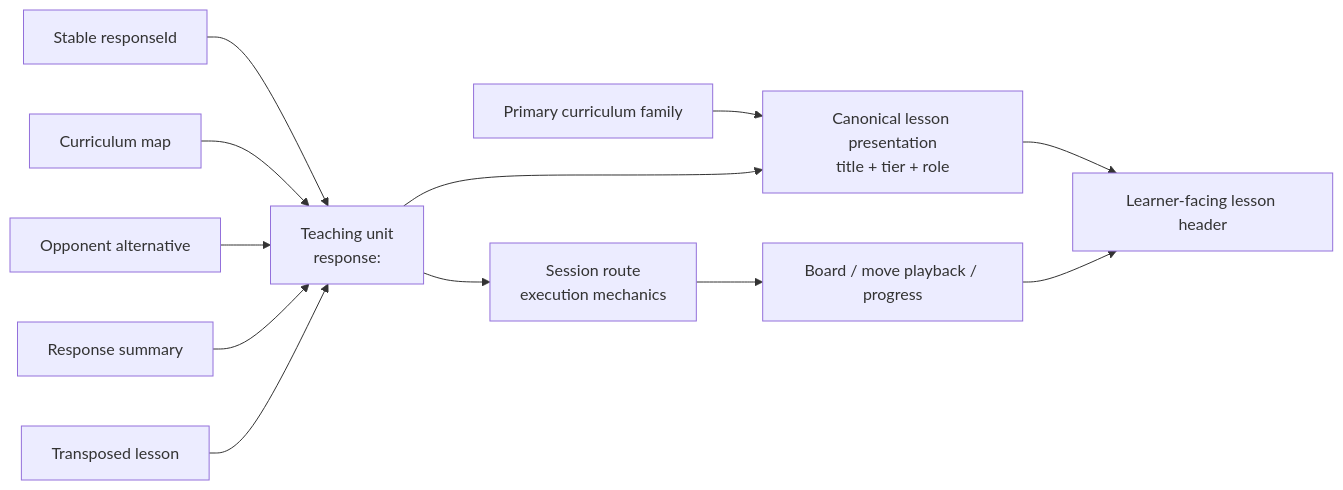
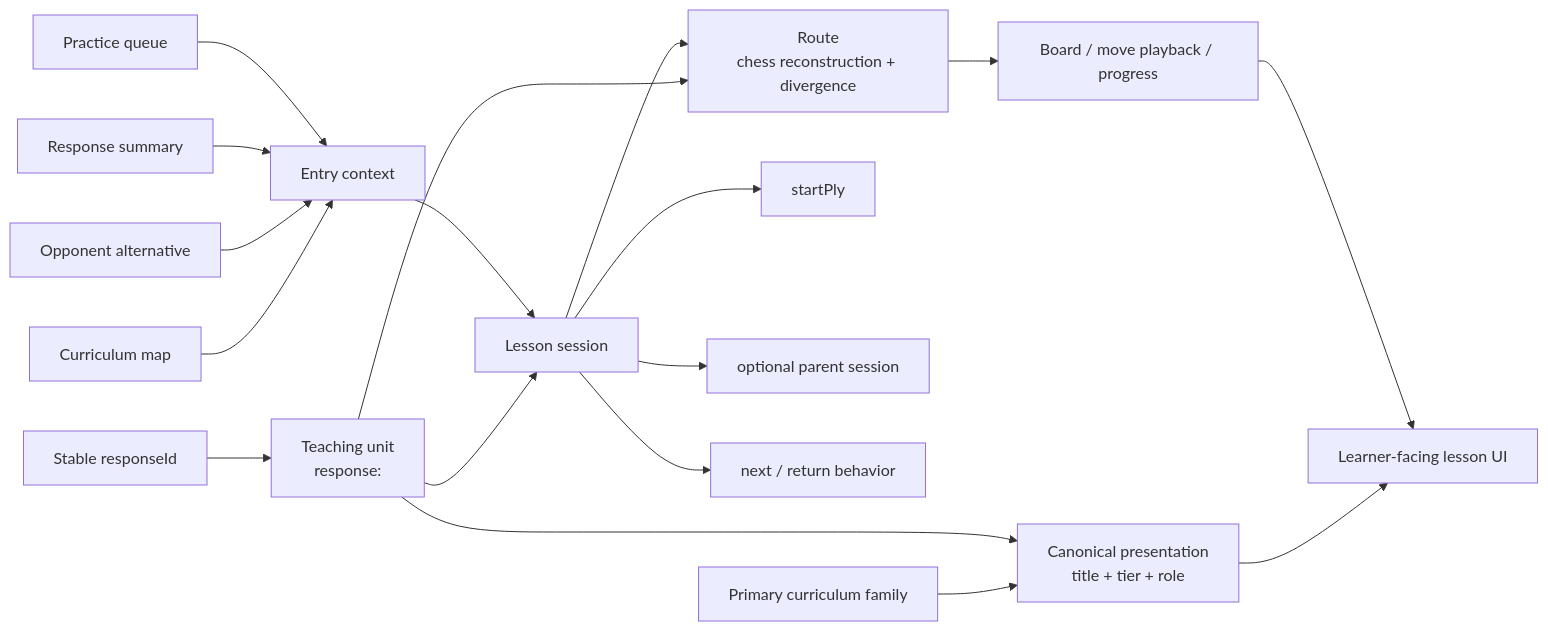
The seventh of 8 diagrams in ARCHITECTURE.md (cgetzen/openrep), drawn with Mermaid before and after one commit. The commit also changed other lines of this file, not shown here.

Commit message:
Separate lesson sessions from teaching identity and routes

````diff
--- a/ARCHITECTURE.md
+++ b/ARCHITECTURE.md
@@ -228,16 +230,23 @@
 ```mermaid
 flowchart LR
   RESP["Stable responseId"] --> UNIT["Teaching unit\nresponse:<responseId>"]
-  FAMILY["Primary curriculum family"] --> PRESENT["Canonical lesson presentation\ntitle + tier + role"]
+  FAMILY["Primary curriculum family"] --> PRESENT["Canonical presentation\ntitle + tier + role"]
   UNIT --> PRESENT
 
-  MAP["Curriculum map"] --> UNIT
-  ALT["Opponent alternative"] --> UNIT
-  SUMMARY["Response summary"] --> UNIT
-  TRANS["Transposed lesson"] --> UNIT
+  MAP["Curriculum map"] --> ENTRY["Entry context"]
+  ALT["Opponent alternative"] --> ENTRY
+  SUMMARY["Response summary"] --> ENTRY
+  PRACTICE["Practice queue"] --> ENTRY
 
-  UNIT --> ROUTE["Session route\nexecution mechanics"]
+  UNIT --> SESSION["Lesson session"]
+  ENTRY --> SESSION
+  SESSION --> START["startPly"]
+  SESSION --> PARENT["optional parent session"]
+  SESSION --> NAV["next / return behavior"]
+
+  UNIT --> ROUTE["Route\nchess reconstruction + divergence"]
+  SESSION --> ROUTE
   ROUTE --> TRAIN["Board / move playback / progress"]
-  PRESENT --> UI["Learner-facing lesson header"]
+  PRESENT --> UI["Learner-facing lesson UI"]
   TRAIN --> UI
 ```
````
